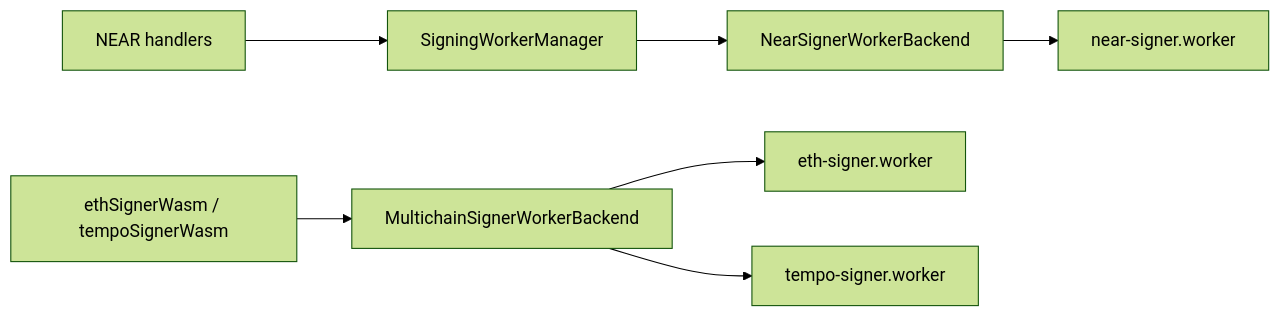
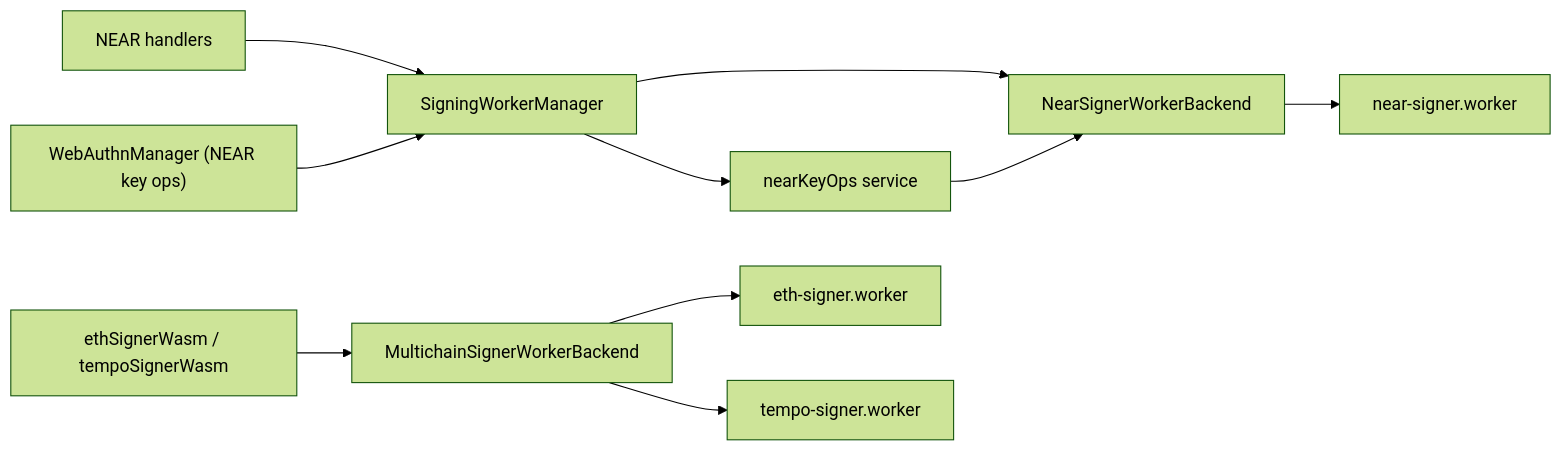
Before and after one commit to peitalin/simple-threshold-signer: the third of 3 diagrams in client/src/core/signing/README.md, drawn with Mermaid (forest theme). The commit also changed other lines of this file and 21 other files, not shown here.

````diff
--- a/client/src/core/signing/README.md
+++ b/client/src/core/signing/README.md
@@ -55,10 +56,13 @@
 ```mermaid
 flowchart LR
   NH["NEAR handlers"] --> SWM["SigningWorkerManager"]
+  WM["WebAuthnManager (NEAR key ops)"] --> SWM
   SWM --> NB["NearSignerWorkerBackend"]
+  SWM --> NKO["nearKeyOps service"]
   NB --> NSW["near-signer.worker"]
+  NKO --> NB
 
   WASM["ethSignerWasm / tempoSignerWasm"] --> MB["MultichainSignerWorkerBackend"]
   MB --> EWK["eth-signer.worker"]
   MB --> TWK["tempo-signer.worker"]
 ```
````
